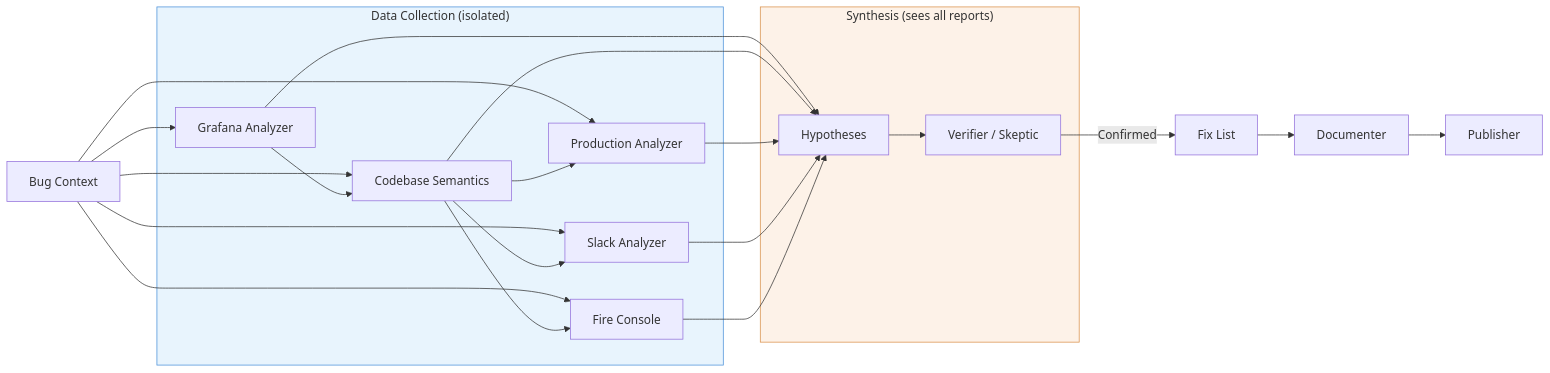
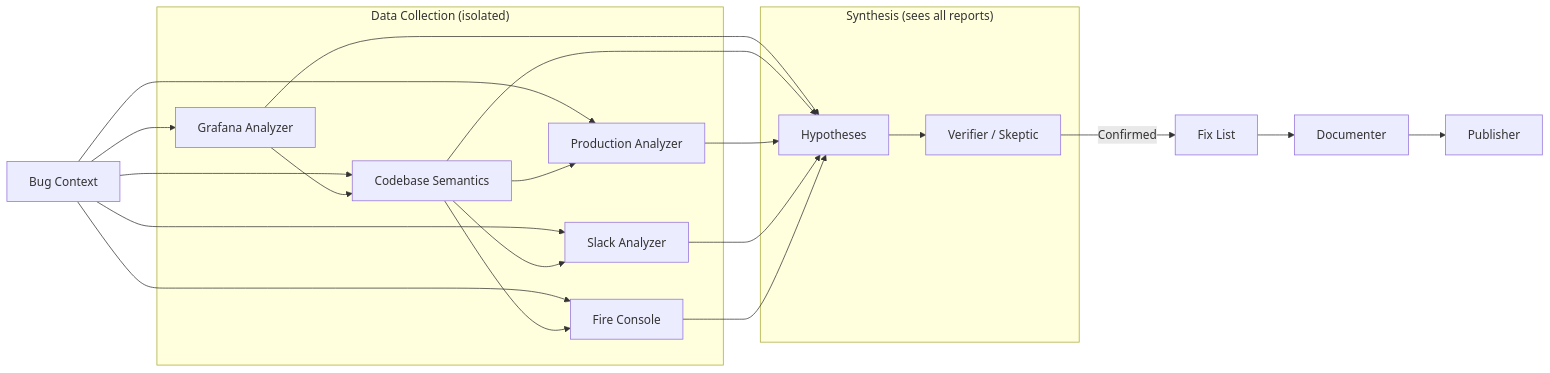
The second of 2 diagrams in docs/architecture.md (TamirCohen-Wix/production-master), drawn with Mermaid before and after one commit. The commit also changed 12 other files, not shown here.

First line of the commit message:
docs: remove mermaid diagram styling for readability

````diff
--- a/docs/architecture.md
+++ b/docs/architecture.md
@@ -100,29 +100,26 @@
 ```mermaid
 flowchart LR
     subgraph DATA_AGENTS ["Data Collection (isolated)"]
         GA[Grafana Analyzer]
         CS[Codebase Semantics]
         PA[Production Analyzer]
         SA[Slack Analyzer]
         FC[Fire Console]
     end
 
     BC[Bug Context] --> GA & CS
     GA --> CS
     BC & CS --> PA & SA & FC
 
     subgraph SYNTHESIS ["Synthesis (sees all reports)"]
         HY[Hypotheses]
         VE[Verifier / Skeptic]
     end
 
     GA & CS & PA & SA & FC --> HY
     HY --> VE
 
     VE --> |Confirmed| FL[Fix List]
     FL --> DC[Documenter]
     DC --> PB[Publisher]
-
-    style DATA_AGENTS fill:#e8f4fd,stroke:#4a90d9
-    style SYNTHESIS fill:#fdf2e8,stroke:#d9904a
 ```
````
